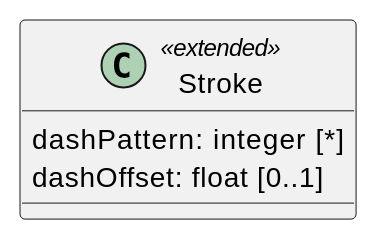
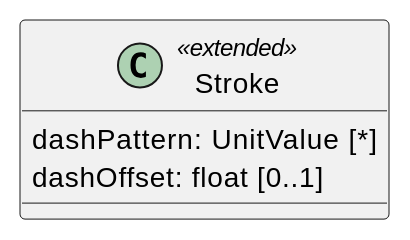
Before and after one commit to opengeospatial/cartographic-symbology: the diagram in 1-core/requirements/rc-dashes.adoc, drawn with PlantUML. The commit also changed other lines of this file and 16 other files, not shown here.

```diff
--- a/1-core/requirements/rc-dashes.adoc
+++ b/1-core/requirements/rc-dashes.adoc
@@ -18,8 +18,8 @@
 [plantuml, target=diagram-classes, format=png]
 ....
 @startuml
 class Stroke <<extended>>
-Stroke : dashPattern: integer [*]
+Stroke : dashPattern: UnitValue [*]
 Stroke : dashOffset: float [0..1]
 @enduml
 ....
```
